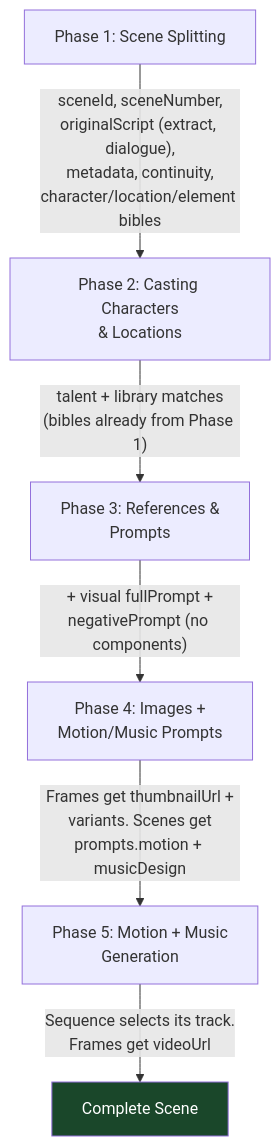
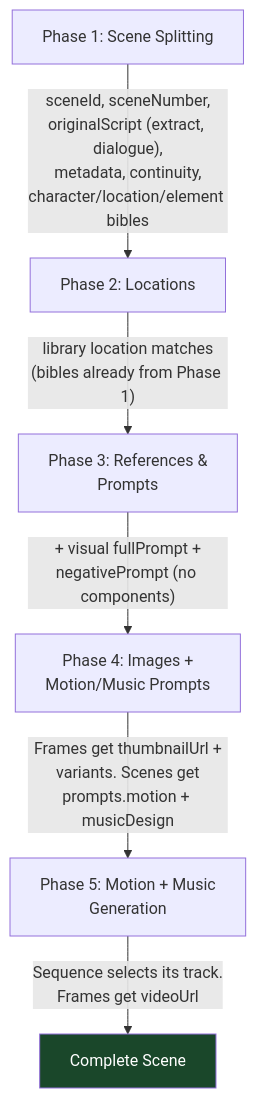
Before and after one commit to Jyatin/openstory: the seventh of 7 diagrams in docs/developer-guide/workflow.md, drawn with Mermaid. The commit also changed other lines of this file and 340 other files, not shown here.

First line of the commit message:
feat(#2135): remove the talent library (#2136)

````diff
--- a/docs/developer-guide/workflow.md
+++ b/docs/developer-guide/workflow.md
@@ -374,10 +359,10 @@
 ```mermaid
 flowchart TD
     P1["Phase 1: Scene Splitting"] -->|"sceneId, sceneNumber,<br/>originalScript (extract, dialogue),<br/>metadata, continuity,<br/>character/location/element bibles"| P2
-    P2["Phase 2: Casting Characters<br/>& Locations"] -->|"talent + library matches<br/>(bibles already from Phase 1)"| P3
+    P2["Phase 2: Locations"] -->|"library location matches<br/>(bibles already from Phase 1)"| P3
     P3["Phase 3: References &<br/>Prompts"] -->|"+ visual fullPrompt +<br/>negativePrompt (no components)"| P4
     P4["Phase 4: Images +<br/>Motion/Music Prompts"] -->|"Frames get thumbnailUrl +<br/>variants. Scenes get<br/>prompts.motion + musicDesign"| P5
     P5["Phase 5: Motion + Music<br/>Generation"] -->|"Sequence selects its track.<br/>Frames get videoUrl"| Final["Complete Scene"]
 
     style Final fill:#1a472a,color:#fff
 ```
````
